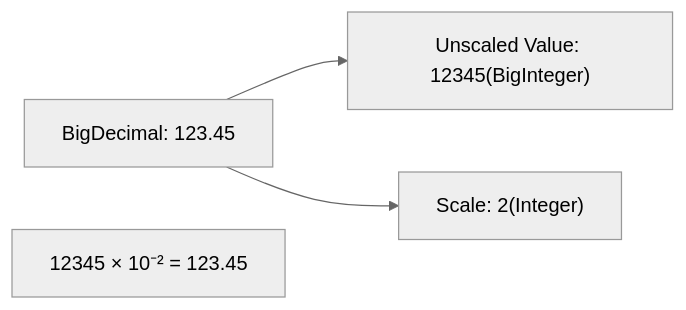
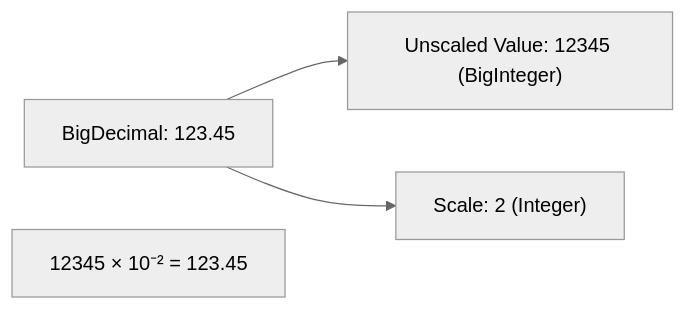
One commit to pploc/swe-icon-the-moment changed the diagram in content/questions/language/java/java-math-bigdecimal-precision.md. Above: the diagram before and after it, drawn with Mermaid (neutral theme). The commit also changed 95 other files, not shown here.

Commit message:
fix: update the practice mode diagram bug not display

````diff
--- a/content/questions/language/java/java-math-bigdecimal-precision.md
+++ b/content/questions/language/java/java-math-bigdecimal-precision.md
@@ -34,8 +34,9 @@
 ```mermaid
 flowchart LR
-    BigDecimal["BigDecimal: 123.45"] --> Unscaled["Unscaled Value: 12345(BigInteger)"]
-    BigDecimal --> Scale["Scale: 2(Integer)"]
+    BigDecimal["BigDecimal: 123.45"] --> Unscaled["Unscaled Value: 12345 (BigInteger)"]
+    BigDecimal --> Scale["Scale: 2 (Integer)"]
     Math["12345 × 10⁻² = 123.45"]
 
 
+
 ```
````
